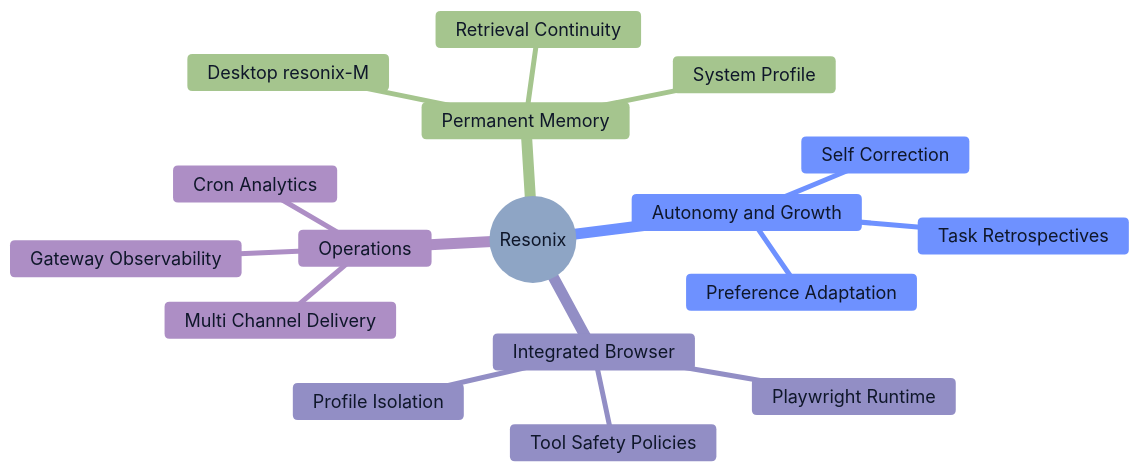
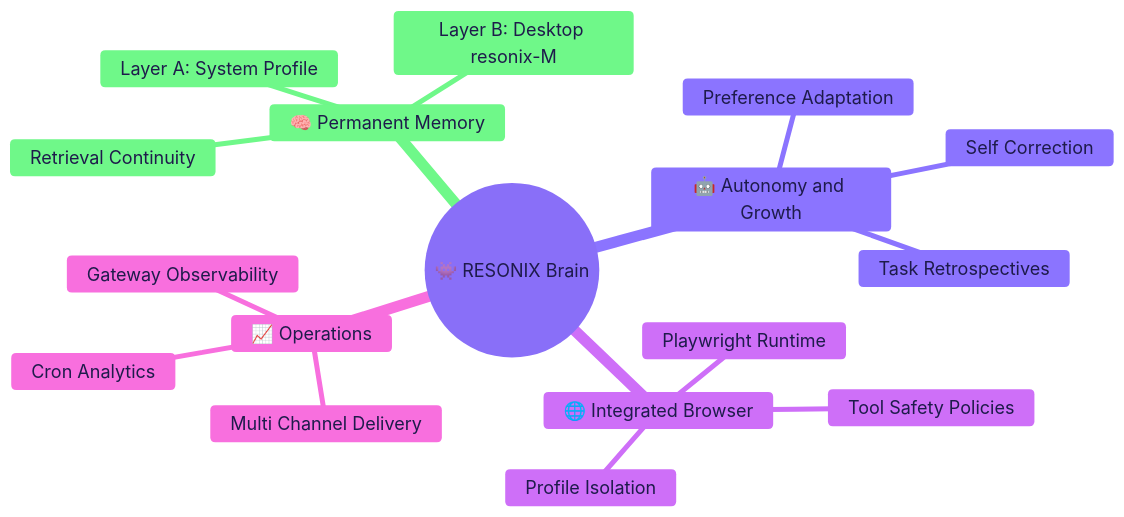
One commit to mangiapanejohn-dev/Resonix-AG changed the first of 2 diagrams in README.md. Above: the diagram before and after it, drawn with Mermaid. The commit also changed other lines of this file and 1 other file, not shown here.

Commit message:
docs(readme): refresh purple logo and polish mindmap-first layout

````diff
--- a/README.md
+++ b/README.md
@@ -46,21 +44,21 @@
 ```mermaid
-%%{init: {'theme': 'base', 'themeVariables': { 'fontSize': '18px', 'primaryTextColor': '#0f172a', 'lineColor': '#334155', 'primaryColor': '#e2e8f0', 'tertiaryColor': '#eef2ff', 'background': '#ffffff' }}}%%
+%%{init: {'theme': 'base', 'themeVariables': { 'fontSize': '18px', 'primaryTextColor': '#1E1B4B', 'lineColor': '#7C3AED', 'primaryColor': '#EDE9FE', 'tertiaryColor': '#F5F3FF', 'background': '#FFFFFF' }}}%%
 mindmap
-  root((Resonix))
-    Permanent Memory
-      System Profile
-      Desktop resonix-M
+  root((👾 RESONIX Brain))
+    🧠 Permanent Memory
+      Layer A: System Profile
+      Layer B: Desktop resonix-M
       Retrieval Continuity
-    Autonomy and Growth
+    🤖 Autonomy and Growth
       Task Retrospectives
       Preference Adaptation
       Self Correction
-    Integrated Browser
+    🌐 Integrated Browser
       Playwright Runtime
       Profile Isolation
       Tool Safety Policies
-    Operations
+    📈 Operations
       Cron Analytics
       Gateway Observability
       Multi Channel Delivery
 ```
````
